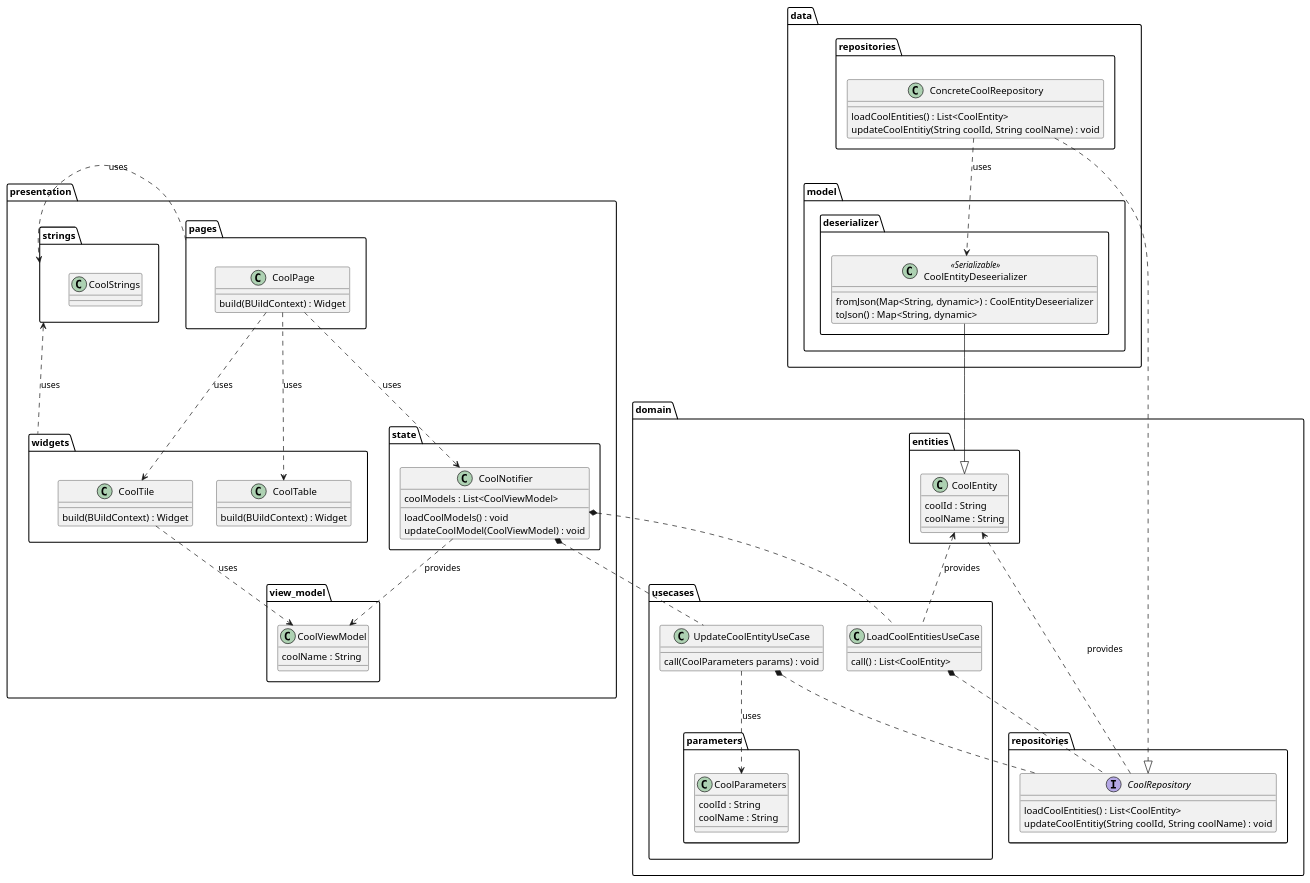
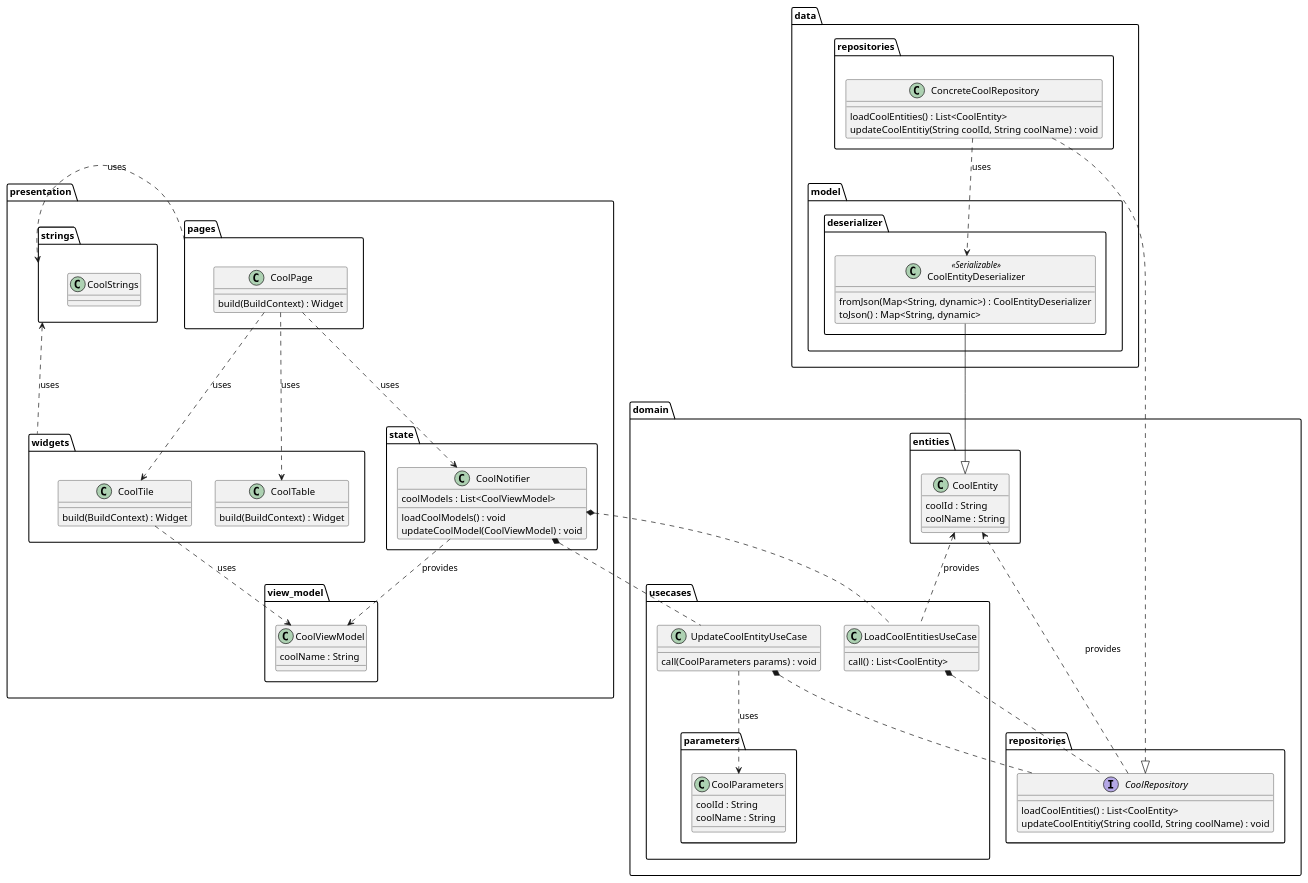
The diagram in metrics/web/docs/diagrams/web_architecture_class_diagram.puml (Flank/flank-dashboard), drawn with PlantUML before and after one commit. The commit also changed 1 other file, not shown here.

Commit message:
[WIP] create web architecture document

```diff
--- a/metrics/web/docs/diagrams/web_architecture_class_diagram.puml
+++ b/metrics/web/docs/diagrams/web_architecture_class_diagram.puml
@@ -1,115 +1,115 @@
 @startuml theme_data_class_diagram
 
 package data {
     package model.deserializer {
-        class CoolEntityDeseerializer <<Serializable>> {
-            fromJson(Map<String, dynamic>) : CoolEntityDeseerializer
+        class CoolEntityDeserializer <<Serializable>> {
+            fromJson(Map<String, dynamic>) : CoolEntityDeserializer
             toJson() : Map<String, dynamic>
         }
     }
 
     package data.repositories {
-        class ConcreteCoolReepository {
+        class ConcreteCoolRepository {
             loadCoolEntities() : List<CoolEntity>
             updateCoolEntitiy(String coolId, String coolName) : void
         }
     }
 }
 
 package domain {
 
     package entities {
         class CoolEntity {
             coolId : String
             coolName : String
         }
     }
 
     package usecases {
         package parameters {
             class CoolParameters {
                 coolId : String
                 coolName : String
             }
         }
 
         class LoadCoolEntitiesUseCase {
             call() : List<CoolEntity>
         }
 
         class UpdateCoolEntityUseCase {
             call(CoolParameters params) : void
         }
     }
 
     package domain.repositories {
         interface CoolRepository {
             loadCoolEntities() : List<CoolEntity>
             updateCoolEntitiy(String coolId, String coolName) : void
         }
     }
 }
 
 package presentation {
     package view_model {
         class CoolViewModel {
             coolName : String
         }
     }
 
     package pages {
         class CoolPage {
-            build(BUildContext) : Widget
+            build(BuildContext) : Widget
         }
     }
 
     package state {
         class CoolNotifier {
             coolModels : List<CoolViewModel>
 
             loadCoolModels() : void
             updateCoolModel(CoolViewModel) : void
         }
     }
 
     package strings {
         class CoolStrings {}
     }
 
     package widgets {
         class CoolTile {
-            build(BUildContext) : Widget
+            build(BuildContext) : Widget
         }
 
         class CoolTable {
-            build(BUildContext) : Widget
+            build(BuildContext) : Widget
         }
     }
 
 }
 
-ConcreteCoolReepository ..|> CoolRepository
-ConcreteCoolReepository ..> CoolEntityDeseerializer : uses
+ConcreteCoolRepository ..|> CoolRepository
+ConcreteCoolRepository ..> CoolEntityDeserializer : uses
 
 CoolRepository ..> CoolEntity : provides
 
-CoolEntityDeseerializer --|> CoolEntity
+CoolEntityDeserializer --|> CoolEntity
 
 LoadCoolEntitiesUseCase *.. CoolRepository
 UpdateCoolEntityUseCase *.. CoolRepository
 LoadCoolEntitiesUseCase .up.> CoolEntity : provides
 UpdateCoolEntityUseCase ..> CoolParameters : uses
 
 CoolNotifier *.. UpdateCoolEntityUseCase
 CoolNotifier *.. LoadCoolEntitiesUseCase
 CoolNotifier ..> CoolViewModel : provides
 
 CoolPage ..> CoolNotifier : uses
 CoolPage ..> CoolTile : uses
 CoolPage ..> CoolTable : uses
 CoolTile ..> CoolViewModel : uses
 
 pages .right.> strings : uses
 widgets .up.> strings : uses
 
 @enduml
```
